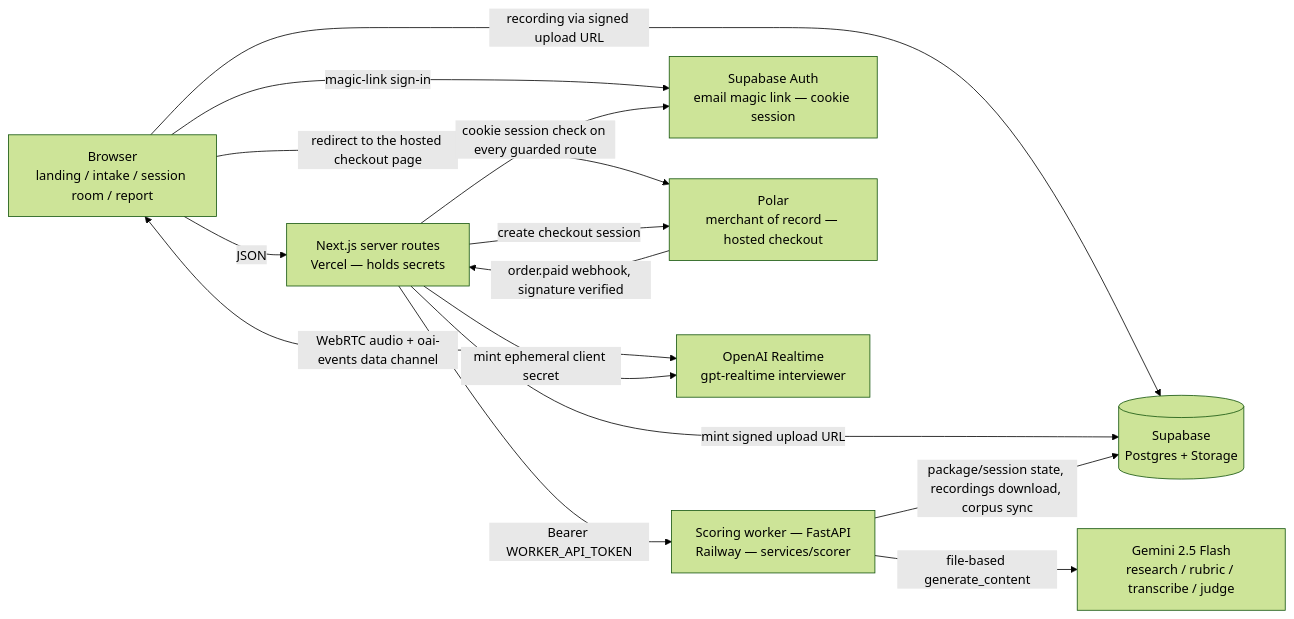
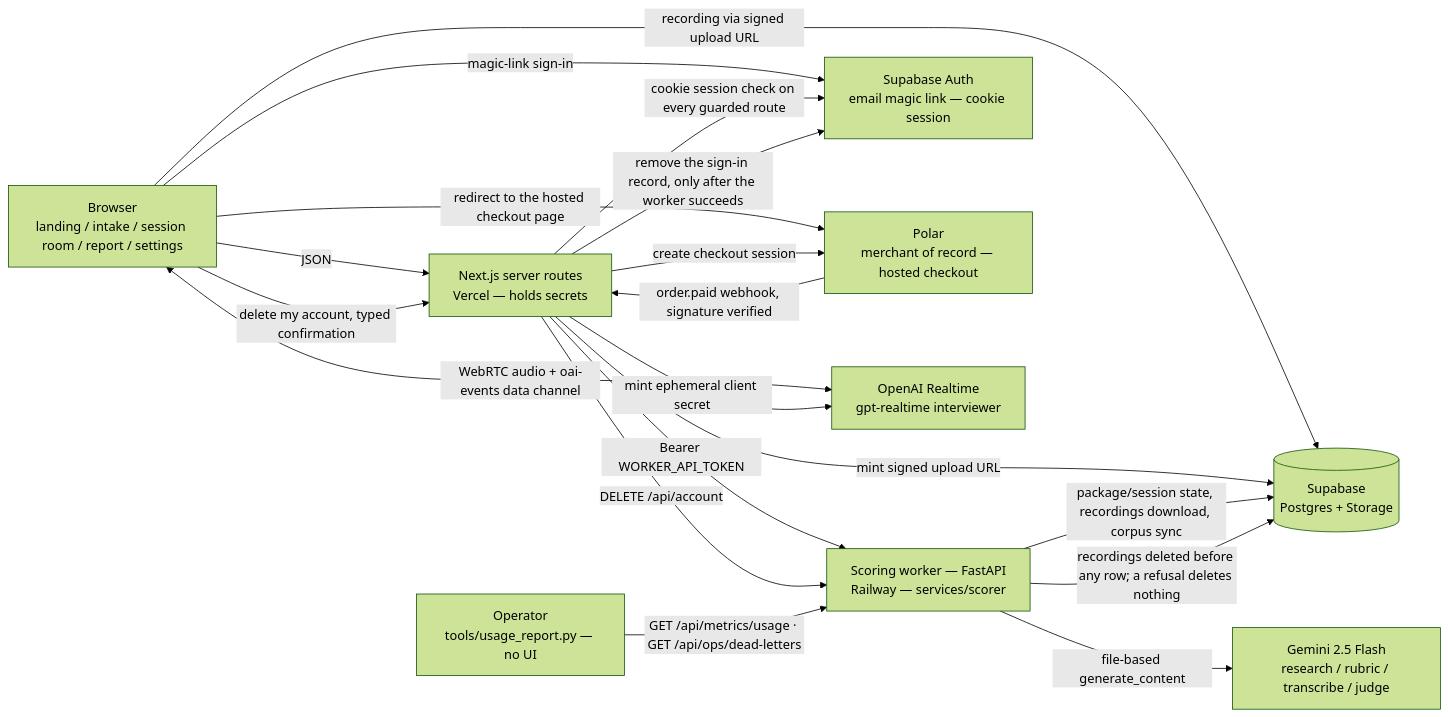
One commit to bridgewright/flightcheck changed the diagram in docs/architecture.md. Above: the diagram before and after it, drawn with Mermaid (forest theme). The commit also changed other lines of this file and 53 other files, not shown here.

````diff
--- a/docs/architecture.md
+++ b/docs/architecture.md
@@ -5,25 +5,31 @@
 ```mermaid
 flowchart LR
-    B[Browser<br/>landing / intake / session room / report]
+    B[Browser<br/>landing / intake / session room / report / settings]
     W[Next.js server routes<br/>Vercel — holds secrets]
     K[Scoring worker — FastAPI<br/>Railway — services/scorer]
     S[(Supabase<br/>Postgres + Storage)]
     A[Supabase Auth<br/>email magic link — cookie session]
     P[Polar<br/>merchant of record — hosted checkout]
     OAI[OpenAI Realtime<br/>gpt-realtime interviewer]
     G[Gemini 2.5 Flash<br/>research / rubric / transcribe / judge]
+    OP[Operator<br/>tools/usage_report.py — no UI]
 
     B -->|JSON| W
     B -->|magic-link sign-in| A
     B -->|recording via signed upload URL| S
     B <-->|WebRTC audio + oai-events data channel| OAI
     B -->|redirect to the hosted checkout page| P
+    B -->|delete my account, typed confirmation| W
     W -->|cookie session check on every guarded route| A
     W -->|Bearer WORKER_API_TOKEN| K
     W -->|mint ephemeral client secret| OAI
     W -->|mint signed upload URL| S
     W -->|create checkout session| P
+    W -->|DELETE /api/account| K
+    W -->|remove the sign-in record, only after the worker succeeds| A
     P -->|order.paid webhook, signature verified| W
     K -->|package/session state, recordings download, corpus sync| S
+    K -->|recordings deleted before any row; a refusal deletes nothing| S
     K -->|file-based generate_content| G
+    OP -->|GET /api/metrics/usage · GET /api/ops/dead-letters| K
 ```
````
